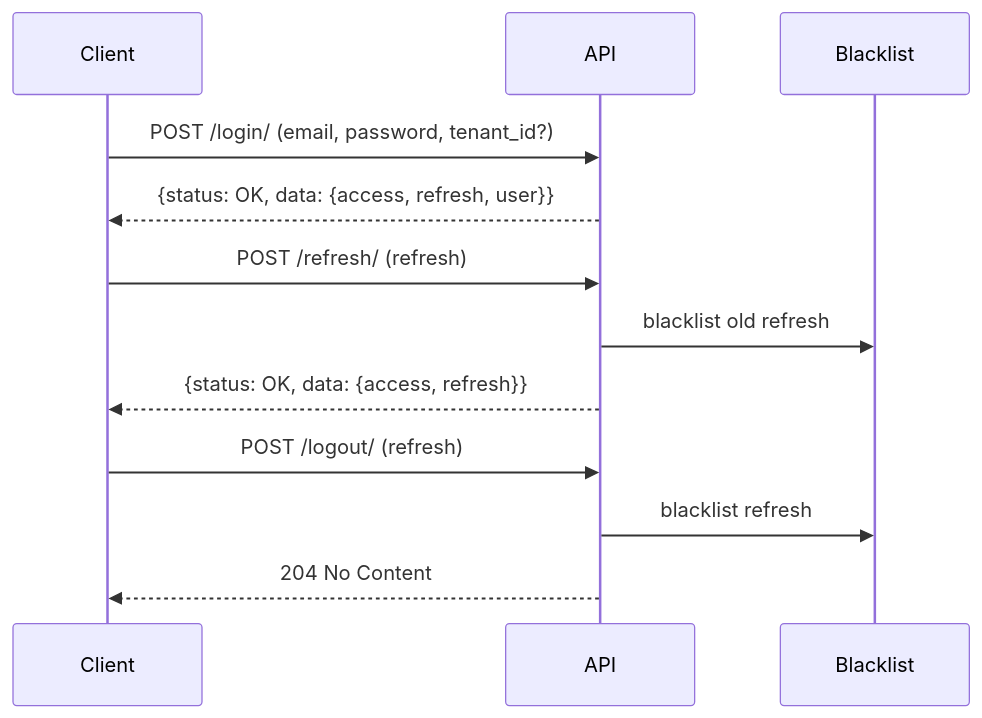
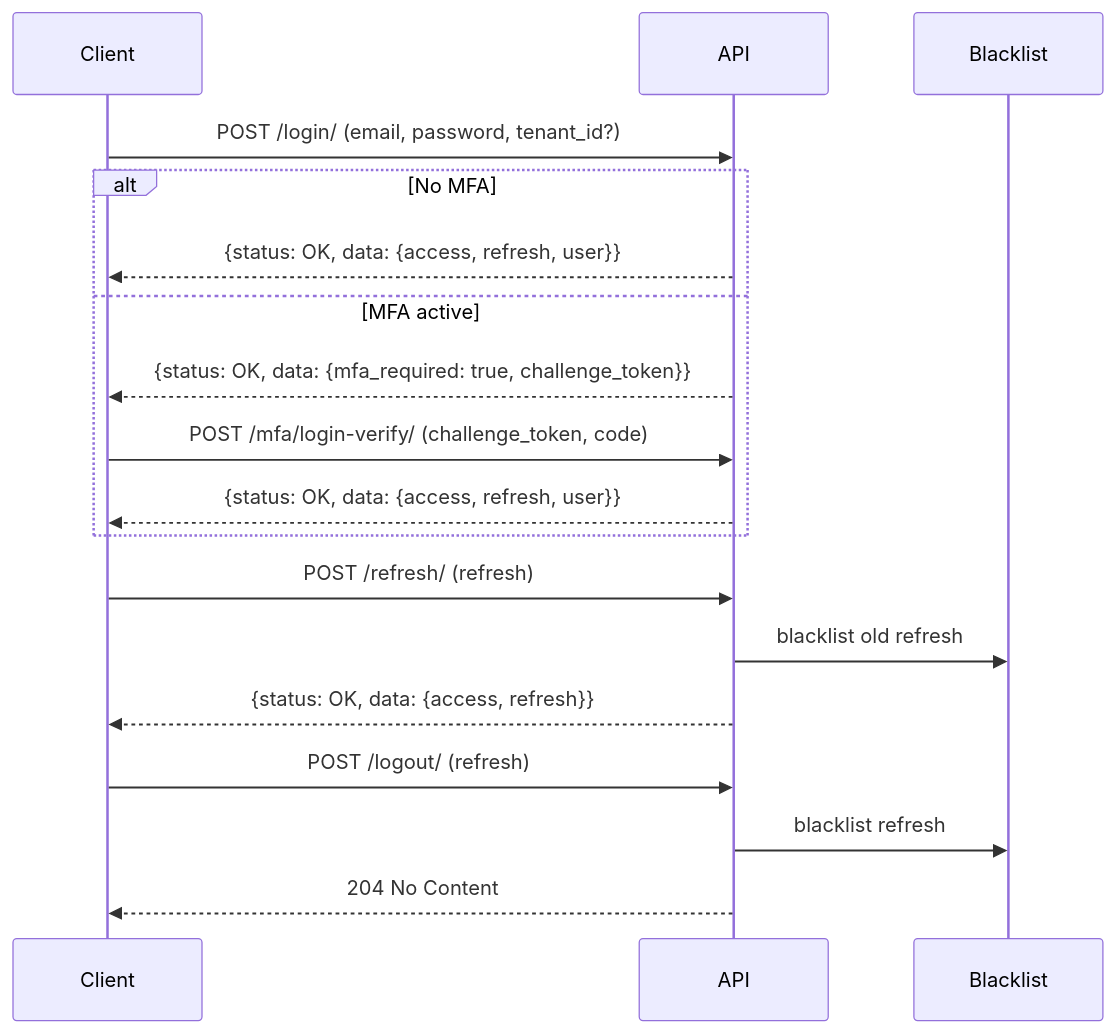
The diagram in apps/iam_auth/README.md (camercadop/drf-enterprise-information-platform), drawn with Mermaid before and after one commit. The commit also changed other lines of this file and 58 other files, not shown here.

Commit message:
feat(iam_mfa): implement TOTP-based MFA with challenge token login flow

````diff
--- a/apps/iam_auth/README.md
+++ b/apps/iam_auth/README.md
@@ -122,17 +147,23 @@
 ```mermaid
 sequenceDiagram
     participant Client
     participant API
     participant Blacklist
 
     Client->>API: POST /login/ (email, password, tenant_id?)
-    API-->>Client: {status: OK, data: {access, refresh, user}}
+    alt No MFA
+        API-->>Client: {status: OK, data: {access, refresh, user}}
+    else MFA active
+        API-->>Client: {status: OK, data: {mfa_required: true, challenge_token}}
+        Client->>API: POST /mfa/login-verify/ (challenge_token, code)
+        API-->>Client: {status: OK, data: {access, refresh, user}}
+    end
 
     Client->>API: POST /refresh/ (refresh)
     API->>Blacklist: blacklist old refresh
     API-->>Client: {status: OK, data: {access, refresh}}
 
     Client->>API: POST /logout/ (refresh)
     API->>Blacklist: blacklist refresh
     API-->>Client: 204 No Content
 ```
````
